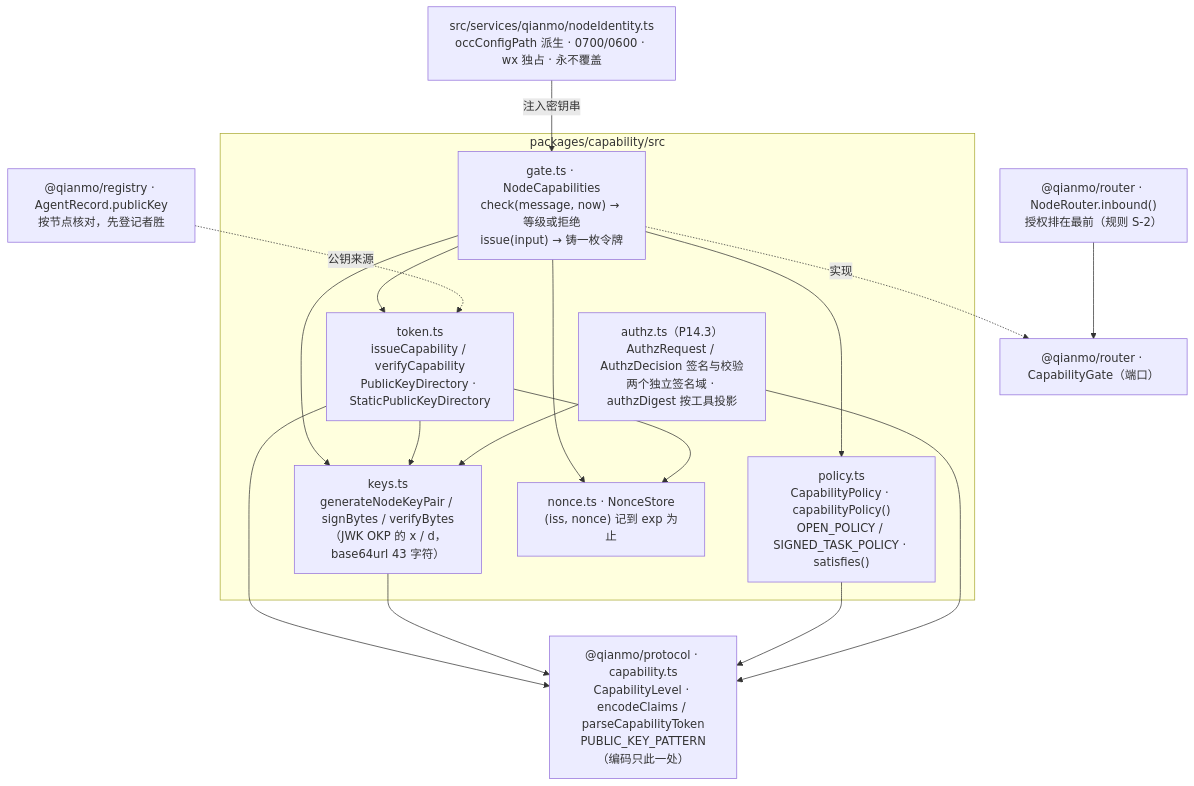
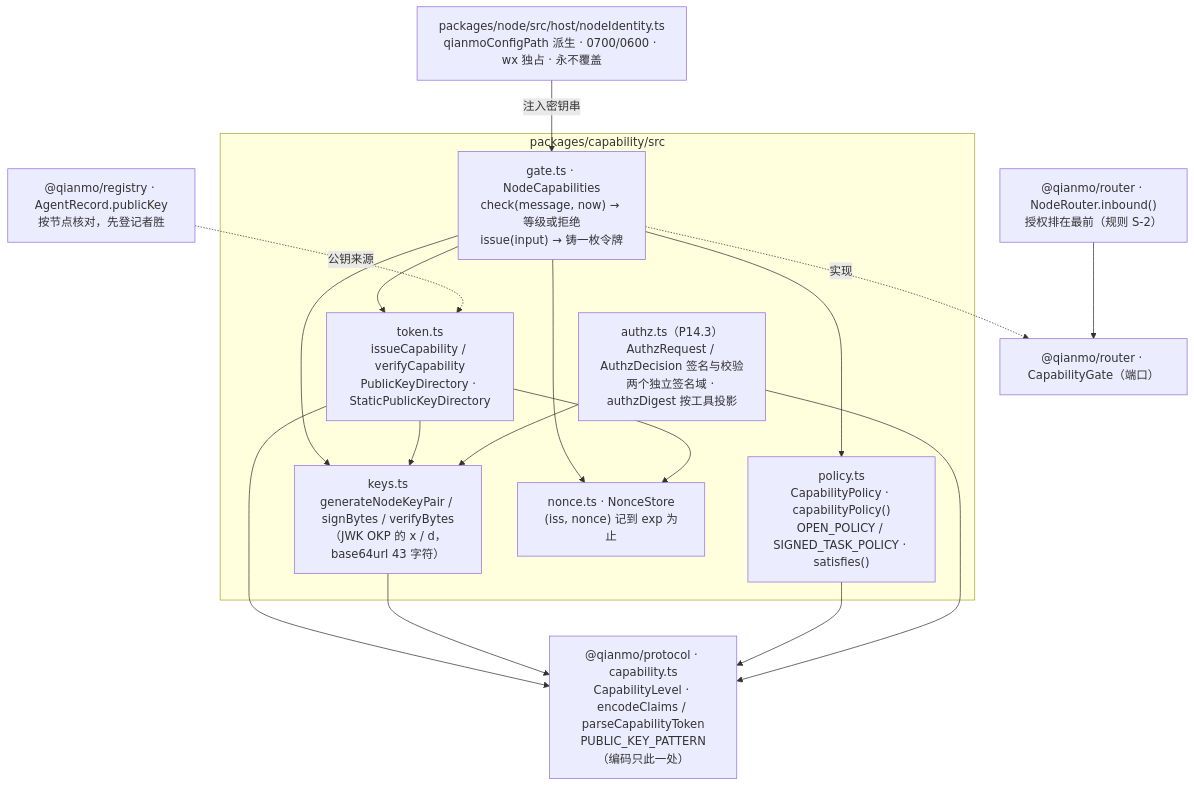
One commit to sweetcornna/atlas changed the diagram in atlas/packages/capability/README.md. Above: the diagram before and after it, drawn with Mermaid. The commit also changed other lines of this file and 128 other files, not shown here.

````diff
--- a/atlas/packages/capability/README.md
+++ b/atlas/packages/capability/README.md
@@ -17,34 +17,34 @@
 ```mermaid
 flowchart TD
   router["@qianmo/router · NodeRouter.inbound()<br/>授权排在最前（规则 S-2）"]
   port["@qianmo/router · CapabilityGate（端口）"]
 
   subgraph pkg["packages/capability/src"]
     gate["gate.ts · NodeCapabilities<br/>check(message, now) → 等级或拒绝<br/>issue(input) → 铸一枚令牌"]
     policy["policy.ts<br/>CapabilityPolicy · capabilityPolicy()<br/>OPEN_POLICY / SIGNED_TASK_POLICY · satisfies()"]
     token["token.ts<br/>issueCapability / verifyCapability<br/>PublicKeyDirectory · StaticPublicKeyDirectory"]
     keys["keys.ts<br/>generateNodeKeyPair / signBytes / verifyBytes<br/>（JWK OKP 的 x / d，base64url 43 字符）"]
     nonce["nonce.ts · NonceStore<br/>(iss, nonce) 记到 exp 为止"]
     authz["authz.ts（P14.3）<br/>AuthzRequest / AuthzDecision 签名与校验<br/>两个独立签名域 · authzDigest 按工具投影"]
   end
 
   protocol["@qianmo/protocol · capability.ts<br/>CapabilityLevel · encodeClaims / parseCapabilityToken<br/>PUBLIC_KEY_PATTERN（编码只此一处）"]
-  identity["src/services/qianmo/nodeIdentity.ts<br/>occConfigPath 派生 · 0700/0600 · wx 独占 · 永不覆盖"]
+  identity["packages/node/src/host/nodeIdentity.ts<br/>qianmoConfigPath 派生 · 0700/0600 · wx 独占 · 永不覆盖"]
   registry["@qianmo/registry · AgentRecord.publicKey<br/>按节点核对，先登记者胜"]
 
   router --> port
   gate -.->|"实现"| port
   gate --> policy
   gate --> token
   gate --> nonce
   gate --> keys
   token --> keys
   token --> nonce
   token --> protocol
   keys --> protocol
   policy --> protocol
   authz --> keys
   authz --> protocol
   identity -->|注入密钥串| gate
   registry -.->|"公钥来源"| token
 ```
````
